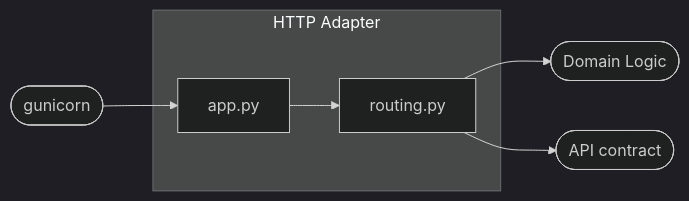
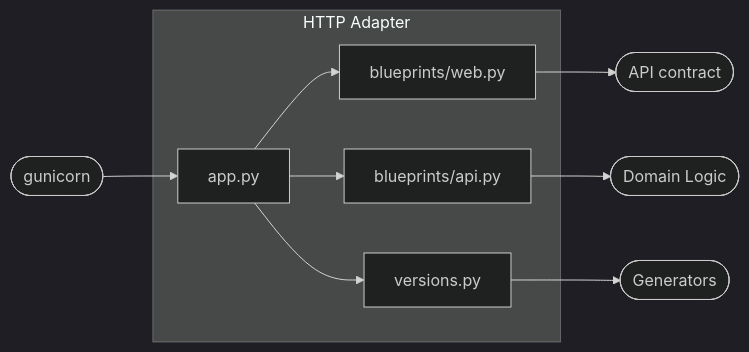
The second of 5 diagrams in docs/arc42/05-building-block-view.md (braboj/demo-randomgen), drawn with Mermaid (dark theme) before and after one commit. The commit also changed other lines of this file and 20 other files, not shown here.

````diff
--- a/docs/arc42/05-building-block-view.md
+++ b/docs/arc42/05-building-block-view.md
@@ -43,11 +44,16 @@
 ```mermaid
 flowchart LR
     gunicorn(["gunicorn"]) --> app
     subgraph web["HTTP Adapter"]
         app["app.py"]
-        routing["routing.py"]
+        webbp["blueprints/web.py"]
+        apibp["blueprints/api.py"]
+        registry["versions.py"]
     end
-    app --> routing
-    routing --> domain(["Domain Logic"])
-    routing --> contract(["API contract"])
+    app --> webbp
+    app --> apibp
+    app --> registry
+    registry --> gen(["Generators"])
+    apibp --> domain(["Domain Logic"])
+    webbp --> contract(["API contract"])
 ```
````
